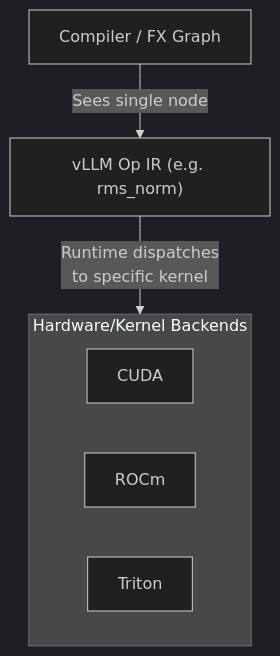
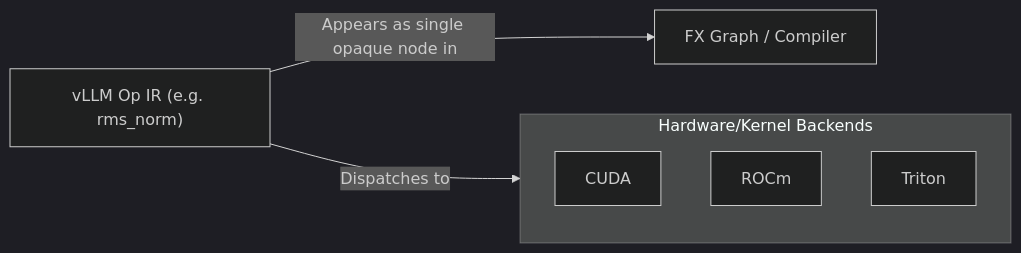
Before and after one commit to hiraditya/hiraditya.github.io: the third of 4 diagrams in _posts/2026-06-17-vllm-op-ir-where-inference-meets-compiler.md, drawn with Mermaid (dark theme). The commit also changed other lines of this file, not shown here.

````diff
--- a/_posts/2026-06-17-vllm-op-ir-where-inference-meets-compiler.md
+++ b/_posts/2026-06-17-vllm-op-ir-where-inference-meets-compiler.md
@@ -100,12 +105,11 @@
 ```mermaid
-flowchart TB
-    Compiler[Compiler / FX Graph] -- "Sees single node" --> OpIR["vLLM Op IR (e.g. rms_norm)"]
-    OpIR -- "Runtime dispatches<br>to specific kernel" --> Backends
-    
+flowchart LR
+    OpIR["vLLM Op IR (e.g. rms_norm)"] -- "Appears as single opaque node in" --> Compiler[FX Graph / Compiler]
+    OpIR -- "Dispatches to" --> Backends
+
     subgraph Backends["Hardware/Kernel Backends"]
-        direction LR
         CUDA
         ROCm
         Triton
     end
 ```
````
